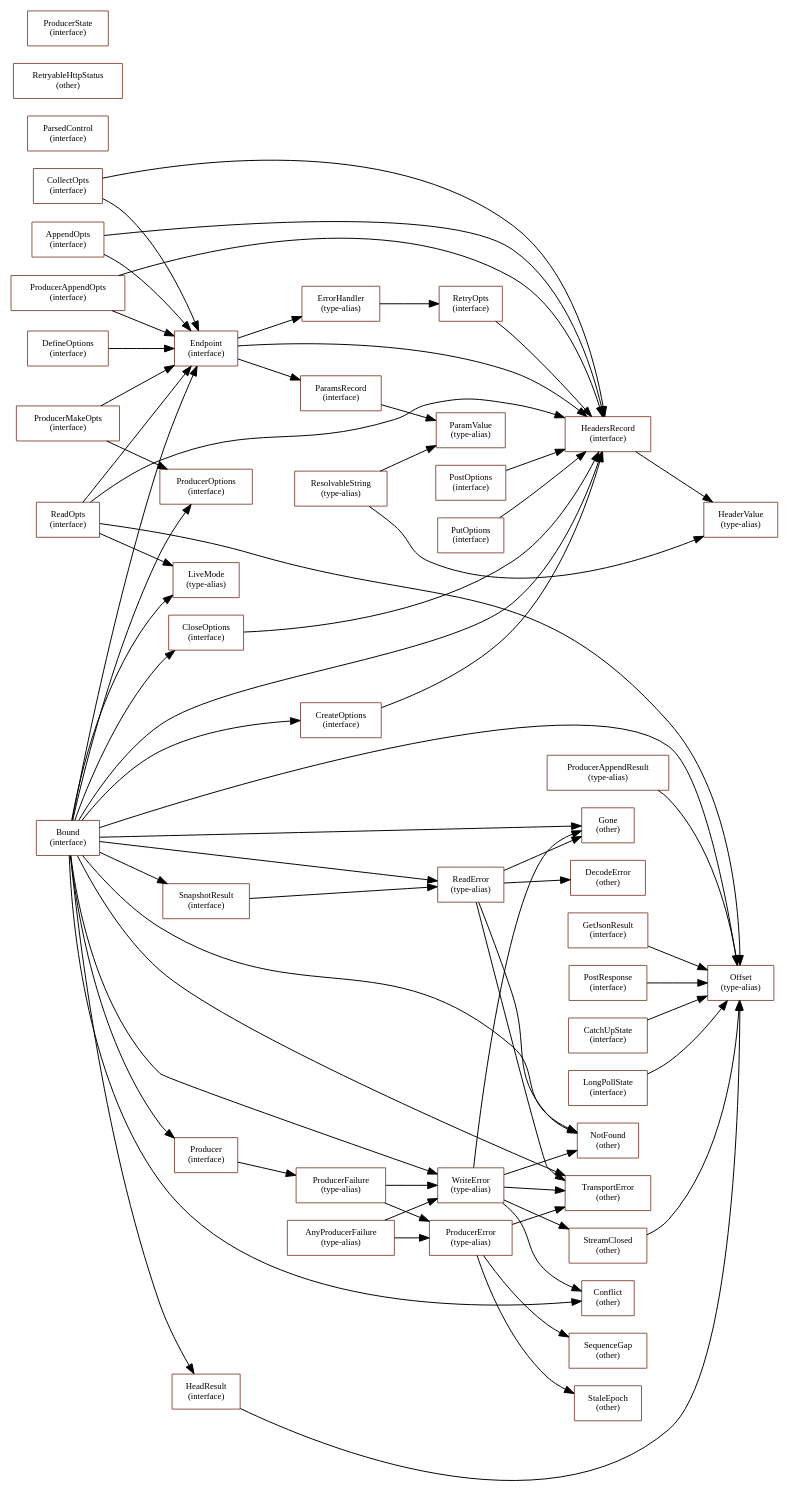
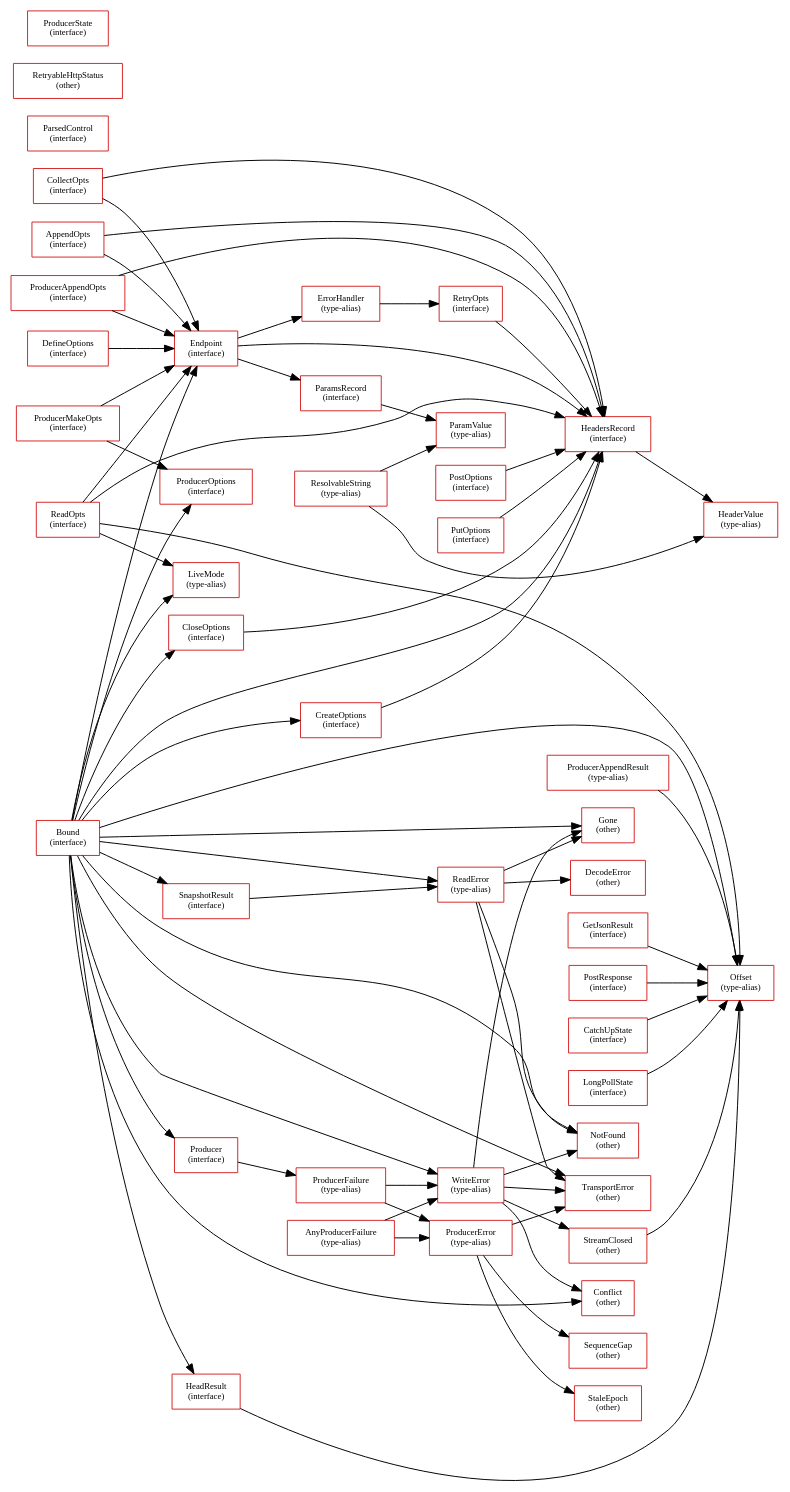
The diagram in tooling/analysis/type-map/per-package/packages__effect-durable-streams/types.dot (gurdasnijor/firegrid), drawn with Graphviz before and after one commit. The commit also changed 121 other files, not shown here.

```diff
--- a/tooling/analysis/type-map/per-package/packages__effect-durable-streams/types.dot
+++ b/tooling/analysis/type-map/per-package/packages__effect-durable-streams/types.dot
@@ -1,51 +1,51 @@
 digraph pkg {
   rankdir=LR; node [shape=box,fontsize=9,style=filled];
-  "packages/effect-durable-streams::DefineOptions" [fillcolor="#ffffff",style="filled",color="#8c564b",label="DefineOptions\n(interface)"];
-  "packages/effect-durable-streams::Offset" [fillcolor="#ffffff",style="filled",color="#8c564b",label="Offset\n(type-alias)"];
-  "packages/effect-durable-streams::LiveMode" [fillcolor="#ffffff",style="filled",color="#8c564b",label="LiveMode\n(type-alias)"];
-  "packages/effect-durable-streams::HeaderValue" [fillcolor="#ffffff",style="filled",color="#8c564b",label="HeaderValue\n(type-alias)"];
-  "packages/effect-durable-streams::HeadersRecord" [fillcolor="#ffffff",style="filled",color="#8c564b",label="HeadersRecord\n(interface)"];
-  "packages/effect-durable-streams::ParamValue" [fillcolor="#ffffff",style="filled",color="#8c564b",label="ParamValue\n(type-alias)"];
-  "packages/effect-durable-streams::ParamsRecord" [fillcolor="#ffffff",style="filled",color="#8c564b",label="ParamsRecord\n(interface)"];
-  "packages/effect-durable-streams::RetryOpts" [fillcolor="#ffffff",style="filled",color="#8c564b",label="RetryOpts\n(interface)"];
-  "packages/effect-durable-streams::ErrorHandler" [fillcolor="#ffffff",style="filled",color="#8c564b",label="ErrorHandler\n(type-alias)"];
-  "packages/effect-durable-streams::Endpoint" [fillcolor="#ffffff",style="filled",color="#8c564b",label="Endpoint\n(interface)"];
-  "packages/effect-durable-streams::HeadResult" [fillcolor="#ffffff",style="filled",color="#8c564b",label="HeadResult\n(interface)"];
-  "packages/effect-durable-streams::CreateOptions" [fillcolor="#ffffff",style="filled",color="#8c564b",label="CreateOptions\n(interface)"];
-  "packages/effect-durable-streams::CloseOptions" [fillcolor="#ffffff",style="filled",color="#8c564b",label="CloseOptions\n(interface)"];
-  "packages/effect-durable-streams::ProducerOptions" [fillcolor="#ffffff",style="filled",color="#8c564b",label="ProducerOptions\n(interface)"];
-  "packages/effect-durable-streams::ProducerFailure" [fillcolor="#ffffff",style="filled",color="#8c564b",label="ProducerFailure\n(type-alias)"];
-  "packages/effect-durable-streams::Producer" [fillcolor="#ffffff",style="filled",color="#8c564b",label="Producer\n(interface)"];
-  "packages/effect-durable-streams::ReadOpts" [fillcolor="#ffffff",style="filled",color="#8c564b",label="ReadOpts\n(interface)"];
-  "packages/effect-durable-streams::CollectOpts" [fillcolor="#ffffff",style="filled",color="#8c564b",label="CollectOpts\n(interface)"];
-  "packages/effect-durable-streams::AppendOpts" [fillcolor="#ffffff",style="filled",color="#8c564b",label="AppendOpts\n(interface)"];
-  "packages/effect-durable-streams::ProducerAppendResult" [fillcolor="#ffffff",style="filled",color="#8c564b",label="ProducerAppendResult\n(type-alias)"];
-  "packages/effect-durable-streams::ProducerAppendOpts" [fillcolor="#ffffff",style="filled",color="#8c564b",label="ProducerAppendOpts\n(interface)"];
-  "packages/effect-durable-streams::ProducerMakeOpts" [fillcolor="#ffffff",style="filled",color="#8c564b",label="ProducerMakeOpts\n(interface)"];
-  "packages/effect-durable-streams::SnapshotResult" [fillcolor="#ffffff",style="filled",color="#8c564b",label="SnapshotResult\n(interface)"];
-  "packages/effect-durable-streams::Bound" [fillcolor="#ffffff",style="filled",color="#8c564b",label="Bound\n(interface)"];
-  "packages/effect-durable-streams::DecodeError" [fillcolor="#ffffff",style="filled",color="#8c564b",label="DecodeError\n(other)"];
-  "packages/effect-durable-streams::TransportError" [fillcolor="#ffffff",style="filled",color="#8c564b",label="TransportError\n(other)"];
-  "packages/effect-durable-streams::NotFound" [fillcolor="#ffffff",style="filled",color="#8c564b",label="NotFound\n(other)"];
-  "packages/effect-durable-streams::Conflict" [fillcolor="#ffffff",style="filled",color="#8c564b",label="Conflict\n(other)"];
-  "packages/effect-durable-streams::Gone" [fillcolor="#ffffff",style="filled",color="#8c564b",label="Gone\n(other)"];
-  "packages/effect-durable-streams::StreamClosed" [fillcolor="#ffffff",style="filled",color="#8c564b",label="StreamClosed\n(other)"];
-  "packages/effect-durable-streams::StaleEpoch" [fillcolor="#ffffff",style="filled",color="#8c564b",label="StaleEpoch\n(other)"];
-  "packages/effect-durable-streams::SequenceGap" [fillcolor="#ffffff",style="filled",color="#8c564b",label="SequenceGap\n(other)"];
-  "packages/effect-durable-streams::ReadError" [fillcolor="#ffffff",style="filled",color="#8c564b",label="ReadError\n(type-alias)"];
-  "packages/effect-durable-streams::WriteError" [fillcolor="#ffffff",style="filled",color="#8c564b",label="WriteError\n(type-alias)"];
-  "packages/effect-durable-streams::ProducerError" [fillcolor="#ffffff",style="filled",color="#8c564b",label="ProducerError\n(type-alias)"];
-  "packages/effect-durable-streams::ParsedControl" [fillcolor="#ffffff",style="filled",color="#8c564b",label="ParsedControl\n(interface)"];
-  "packages/effect-durable-streams::ResolvableString" [fillcolor="#ffffff",style="filled",color="#8c564b",label="ResolvableString\n(type-alias)"];
-  "packages/effect-durable-streams::RetryableHttpStatus" [fillcolor="#ffffff",style="filled",color="#8c564b",label="RetryableHttpStatus\n(other)"];
-  "packages/effect-durable-streams::GetJsonResult" [fillcolor="#ffffff",style="filled",color="#8c564b",label="GetJsonResult\n(interface)"];
-  "packages/effect-durable-streams::PostOptions" [fillcolor="#ffffff",style="filled",color="#8c564b",label="PostOptions\n(interface)"];
-  "packages/effect-durable-streams::PostResponse" [fillcolor="#ffffff",style="filled",color="#8c564b",label="PostResponse\n(interface)"];
-  "packages/effect-durable-streams::PutOptions" [fillcolor="#ffffff",style="filled",color="#8c564b",label="PutOptions\n(interface)"];
-  "packages/effect-durable-streams::ProducerState" [fillcolor="#ffffff",style="filled",color="#8c564b",label="ProducerState\n(interface)"];
-  "packages/effect-durable-streams::AnyProducerFailure" [fillcolor="#ffffff",style="filled",color="#8c564b",label="AnyProducerFailure\n(type-alias)"];
-  "packages/effect-durable-streams::CatchUpState" [fillcolor="#ffffff",style="filled",color="#8c564b",label="CatchUpState\n(interface)"];
-  "packages/effect-durable-streams::LongPollState" [fillcolor="#ffffff",style="filled",color="#8c564b",label="LongPollState\n(interface)"];
+  "packages/effect-durable-streams::DefineOptions" [fillcolor="#ffffff",style="filled",color="#d62728",label="DefineOptions\n(interface)"];
+  "packages/effect-durable-streams::Offset" [fillcolor="#ffffff",style="filled",color="#d62728",label="Offset\n(type-alias)"];
+  "packages/effect-durable-streams::LiveMode" [fillcolor="#ffffff",style="filled",color="#d62728",label="LiveMode\n(type-alias)"];
+  "packages/effect-durable-streams::HeaderValue" [fillcolor="#ffffff",style="filled",color="#d62728",label="HeaderValue\n(type-alias)"];
+  "packages/effect-durable-streams::HeadersRecord" [fillcolor="#ffffff",style="filled",color="#d62728",label="HeadersRecord\n(interface)"];
+  "packages/effect-durable-streams::ParamValue" [fillcolor="#ffffff",style="filled",color="#d62728",label="ParamValue\n(type-alias)"];
+  "packages/effect-durable-streams::ParamsRecord" [fillcolor="#ffffff",style="filled",color="#d62728",label="ParamsRecord\n(interface)"];
+  "packages/effect-durable-streams::RetryOpts" [fillcolor="#ffffff",style="filled",color="#d62728",label="RetryOpts\n(interface)"];
+  "packages/effect-durable-streams::ErrorHandler" [fillcolor="#ffffff",style="filled",color="#d62728",label="ErrorHandler\n(type-alias)"];
+  "packages/effect-durable-streams::Endpoint" [fillcolor="#ffffff",style="filled",color="#d62728",label="Endpoint\n(interface)"];
+  "packages/effect-durable-streams::HeadResult" [fillcolor="#ffffff",style="filled",color="#d62728",label="HeadResult\n(interface)"];
+  "packages/effect-durable-streams::CreateOptions" [fillcolor="#ffffff",style="filled",color="#d62728",label="CreateOptions\n(interface)"];
+  "packages/effect-durable-streams::CloseOptions" [fillcolor="#ffffff",style="filled",color="#d62728",label="CloseOptions\n(interface)"];
+  "packages/effect-durable-streams::ProducerOptions" [fillcolor="#ffffff",style="filled",color="#d62728",label="ProducerOptions\n(interface)"];
+  "packages/effect-durable-streams::ProducerFailure" [fillcolor="#ffffff",style="filled",color="#d62728",label="ProducerFailure\n(type-alias)"];
+  "packages/effect-durable-streams::Producer" [fillcolor="#ffffff",style="filled",color="#d62728",label="Producer\n(interface)"];
+  "packages/effect-durable-streams::ReadOpts" [fillcolor="#ffffff",style="filled",color="#d62728",label="ReadOpts\n(interface)"];
+  "packages/effect-durable-streams::CollectOpts" [fillcolor="#ffffff",style="filled",color="#d62728",label="CollectOpts\n(interface)"];
+  "packages/effect-durable-streams::AppendOpts" [fillcolor="#ffffff",style="filled",color="#d62728",label="AppendOpts\n(interface)"];
+  "packages/effect-durable-streams::ProducerAppendResult" [fillcolor="#ffffff",style="filled",color="#d62728",label="ProducerAppendResult\n(type-alias)"];
+  "packages/effect-durable-streams::ProducerAppendOpts" [fillcolor="#ffffff",style="filled",color="#d62728",label="ProducerAppendOpts\n(interface)"];
+  "packages/effect-durable-streams::ProducerMakeOpts" [fillcolor="#ffffff",style="filled",color="#d62728",label="ProducerMakeOpts\n(interface)"];
+  "packages/effect-durable-streams::SnapshotResult" [fillcolor="#ffffff",style="filled",color="#d62728",label="SnapshotResult\n(interface)"];
+  "packages/effect-durable-streams::Bound" [fillcolor="#ffffff",style="filled",color="#d62728",label="Bound\n(interface)"];
+  "packages/effect-durable-streams::DecodeError" [fillcolor="#ffffff",style="filled",color="#d62728",label="DecodeError\n(other)"];
+  "packages/effect-durable-streams::TransportError" [fillcolor="#ffffff",style="filled",color="#d62728",label="TransportError\n(other)"];
+  "packages/effect-durable-streams::NotFound" [fillcolor="#ffffff",style="filled",color="#d62728",label="NotFound\n(other)"];
+  "packages/effect-durable-streams::Conflict" [fillcolor="#ffffff",style="filled",color="#d62728",label="Conflict\n(other)"];
+  "packages/effect-durable-streams::Gone" [fillcolor="#ffffff",style="filled",color="#d62728",label="Gone\n(other)"];
+  "packages/effect-durable-streams::StreamClosed" [fillcolor="#ffffff",style="filled",color="#d62728",label="StreamClosed\n(other)"];
+  "packages/effect-durable-streams::StaleEpoch" [fillcolor="#ffffff",style="filled",color="#d62728",label="StaleEpoch\n(other)"];
+  "packages/effect-durable-streams::SequenceGap" [fillcolor="#ffffff",style="filled",color="#d62728",label="SequenceGap\n(other)"];
+  "packages/effect-durable-streams::ReadError" [fillcolor="#ffffff",style="filled",color="#d62728",label="ReadError\n(type-alias)"];
+  "packages/effect-durable-streams::WriteError" [fillcolor="#ffffff",style="filled",color="#d62728",label="WriteError\n(type-alias)"];
+  "packages/effect-durable-streams::ProducerError" [fillcolor="#ffffff",style="filled",color="#d62728",label="ProducerError\n(type-alias)"];
+  "packages/effect-durable-streams::ParsedControl" [fillcolor="#ffffff",style="filled",color="#d62728",label="ParsedControl\n(interface)"];
+  "packages/effect-durable-streams::ResolvableString" [fillcolor="#ffffff",style="filled",color="#d62728",label="ResolvableString\n(type-alias)"];
+  "packages/effect-durable-streams::RetryableHttpStatus" [fillcolor="#ffffff",style="filled",color="#d62728",label="RetryableHttpStatus\n(other)"];
+  "packages/effect-durable-streams::GetJsonResult" [fillcolor="#ffffff",style="filled",color="#d62728",label="GetJsonResult\n(interface)"];
+  "packages/effect-durable-streams::PostOptions" [fillcolor="#ffffff",style="filled",color="#d62728",label="PostOptions\n(interface)"];
+  "packages/effect-durable-streams::PostResponse" [fillcolor="#ffffff",style="filled",color="#d62728",label="PostResponse\n(interface)"];
+  "packages/effect-durable-streams::PutOptions" [fillcolor="#ffffff",style="filled",color="#d62728",label="PutOptions\n(interface)"];
+  "packages/effect-durable-streams::ProducerState" [fillcolor="#ffffff",style="filled",color="#d62728",label="ProducerState\n(interface)"];
+  "packages/effect-durable-streams::AnyProducerFailure" [fillcolor="#ffffff",style="filled",color="#d62728",label="AnyProducerFailure\n(type-alias)"];
+  "packages/effect-durable-streams::CatchUpState" [fillcolor="#ffffff",style="filled",color="#d62728",label="CatchUpState\n(interface)"];
+  "packages/effect-durable-streams::LongPollState" [fillcolor="#ffffff",style="filled",color="#d62728",label="LongPollState\n(interface)"];
   "packages/effect-durable-streams::DefineOptions" -> "packages/effect-durable-streams::Endpoint";
   "packages/effect-durable-streams::HeadersRecord" -> "packages/effect-durable-streams::HeaderValue";
   "packages/effect-durable-streams::ParamsRecord" -> "packages/effect-durable-streams::ParamValue";
```
